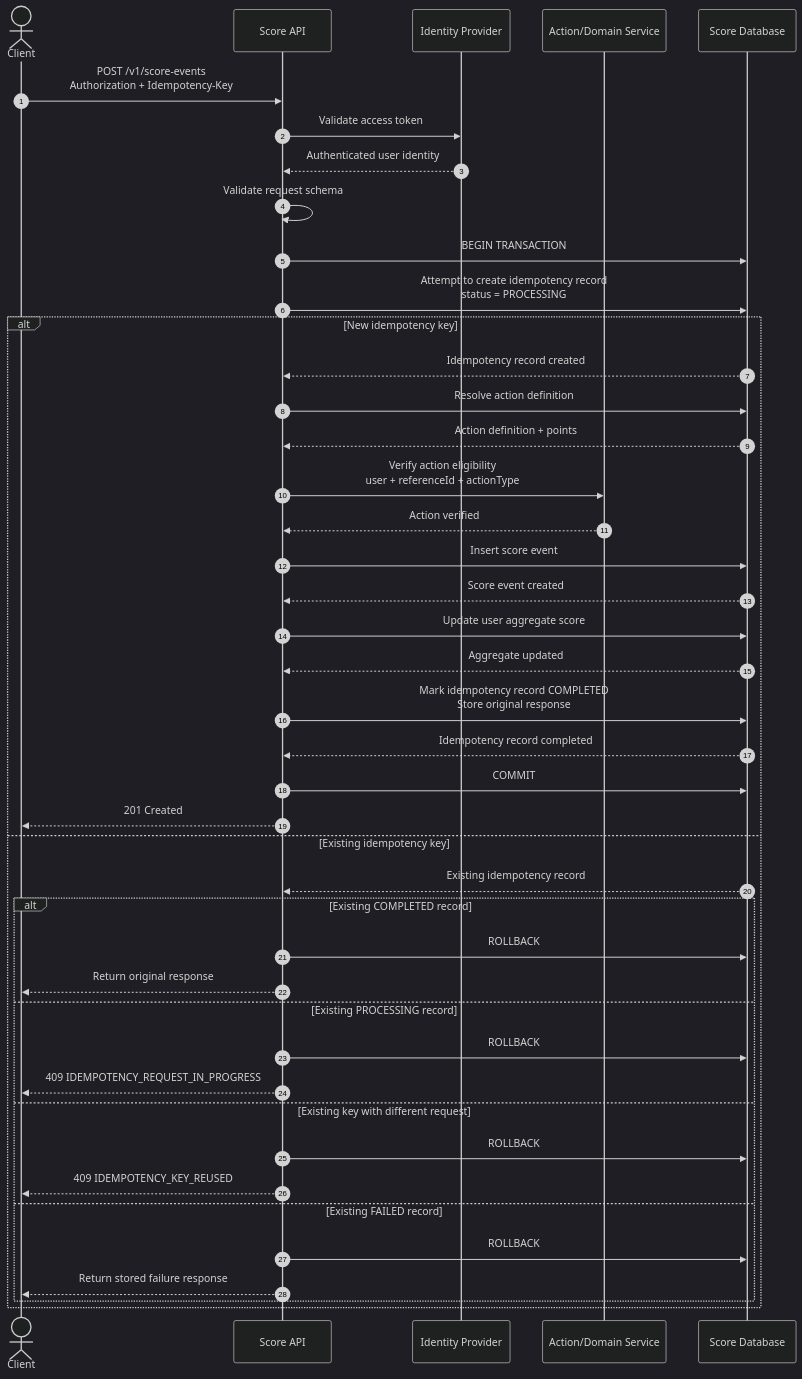
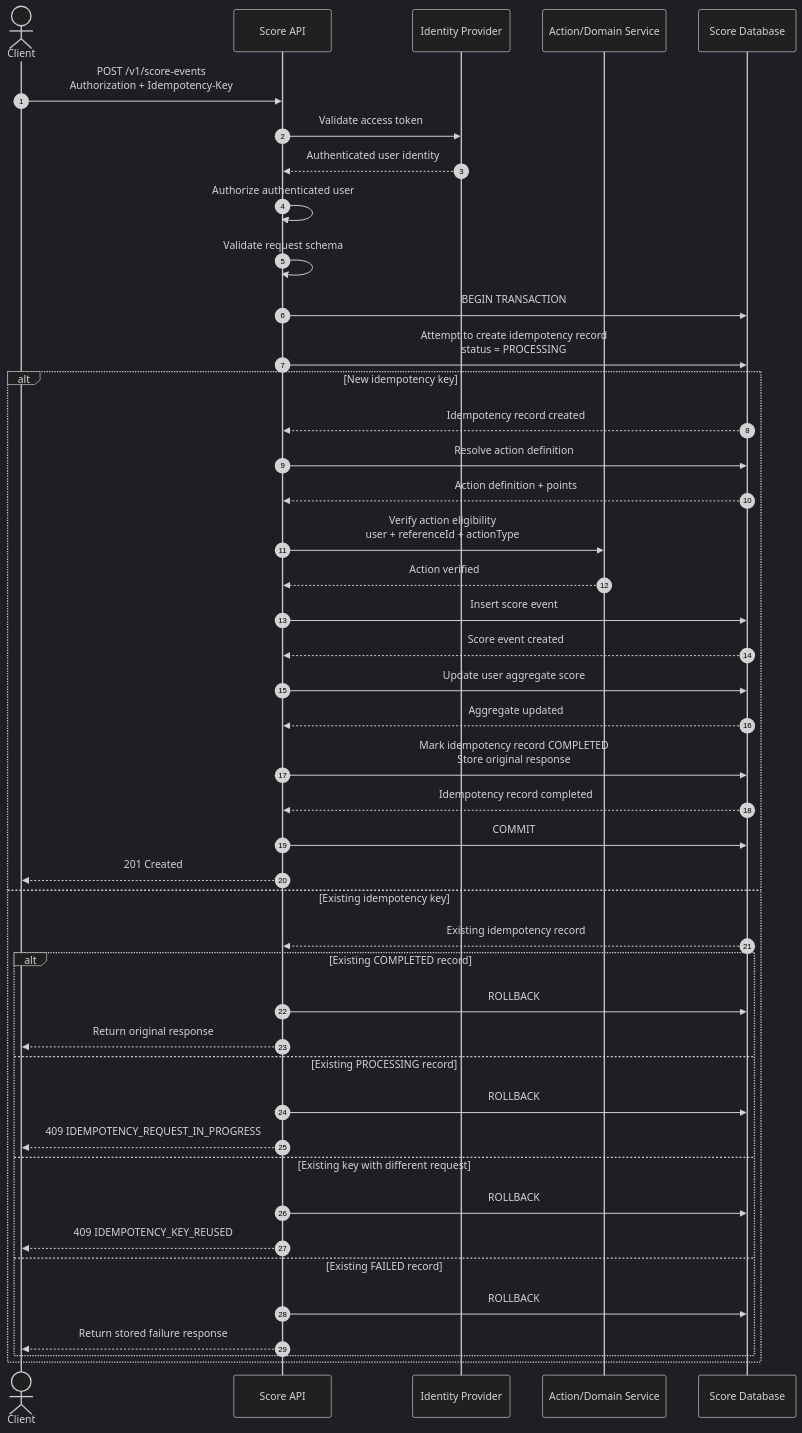
Before and after one commit to satryawiguna/99tech-code-challenge: the first of 2 diagrams in src/problem6/diagrams/score-event-sequence.md, drawn with Mermaid (dark theme). The commit also changed other lines of this file and 3 other files, not shown here.

````diff
--- a/src/problem6/diagrams/score-event-sequence.md
+++ b/src/problem6/diagrams/score-event-sequence.md
@@ -26,66 +27,68 @@
 ```mermaid
 sequenceDiagram
     autonumber
 
     actor Client
     participant API as Score API
     participant IDP as Identity Provider
     participant Action as Action/Domain Service
     participant DB as Score Database
 
     Client->>API: POST /v1/score-events<br/>Authorization + Idempotency-Key
 
     API->>IDP: Validate access token
     IDP-->>API: Authenticated user identity
+
+    API->>API: Authorize authenticated user
 
     API->>API: Validate request schema
 
     API->>DB: BEGIN TRANSACTION
 
     API->>DB: Attempt to create idempotency record<br/>status = PROCESSING
 
     alt New idempotency key
 
         DB-->>API: Idempotency record created
 
         API->>DB: Resolve action definition
         DB-->>API: Action definition + points
 
         API->>Action: Verify action eligibility<br/>user + referenceId + actionType
         Action-->>API: Action verified
 
         API->>DB: Insert score event
         DB-->>API: Score event created
 
         API->>DB: Update user aggregate score
         DB-->>API: Aggregate updated
 
         API->>DB: Mark idempotency record COMPLETED<br/>Store original response
         DB-->>API: Idempotency record completed
 
         API->>DB: COMMIT
 
         API-->>Client: 201 Created
 
     else Existing idempotency key
 
         DB-->>API: Existing idempotency record
 
         alt Existing COMPLETED record
             API->>DB: ROLLBACK
             API-->>Client: Return original response
 
         else Existing PROCESSING record
             API->>DB: ROLLBACK
             API-->>Client: 409 IDEMPOTENCY_REQUEST_IN_PROGRESS
 
         else Existing key with different request
             API->>DB: ROLLBACK
             API-->>Client: 409 IDEMPOTENCY_KEY_REUSED
 
         else Existing FAILED record
             API->>DB: ROLLBACK
             API-->>Client: Return stored failure response
         end
     end
 ```
````
